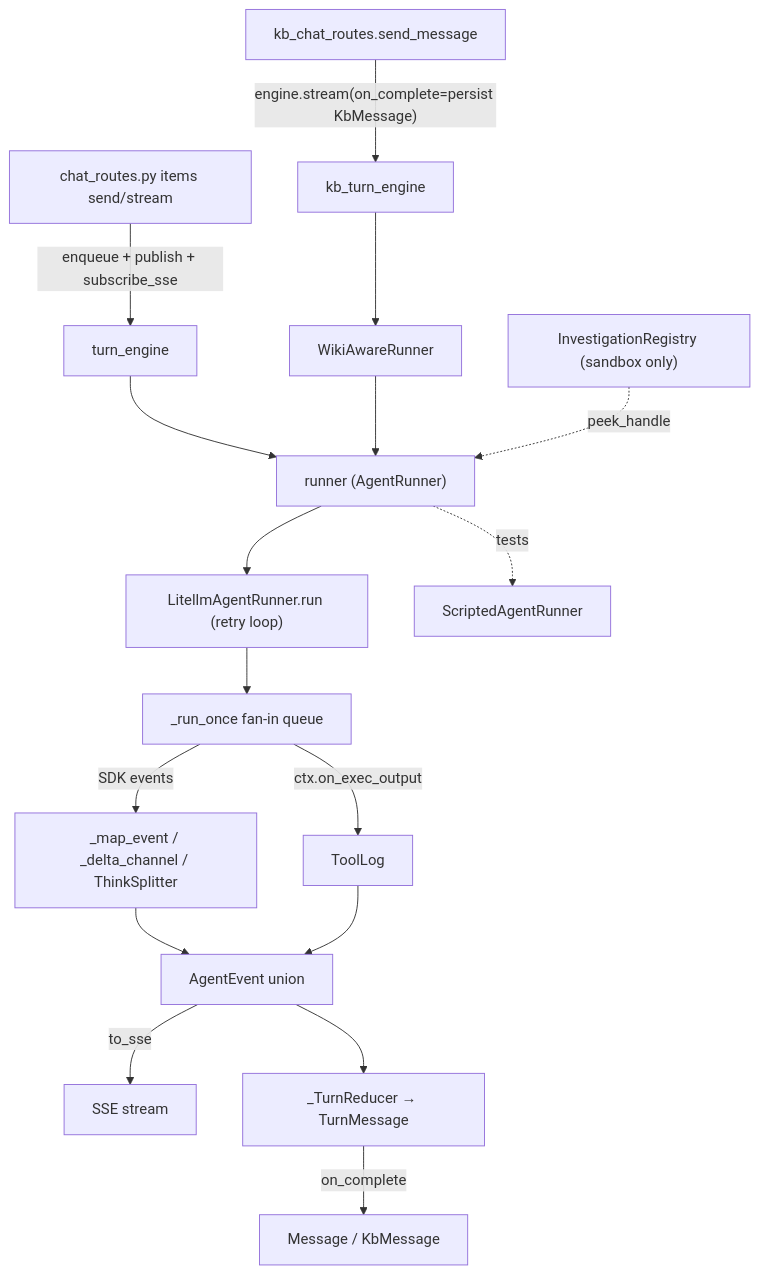
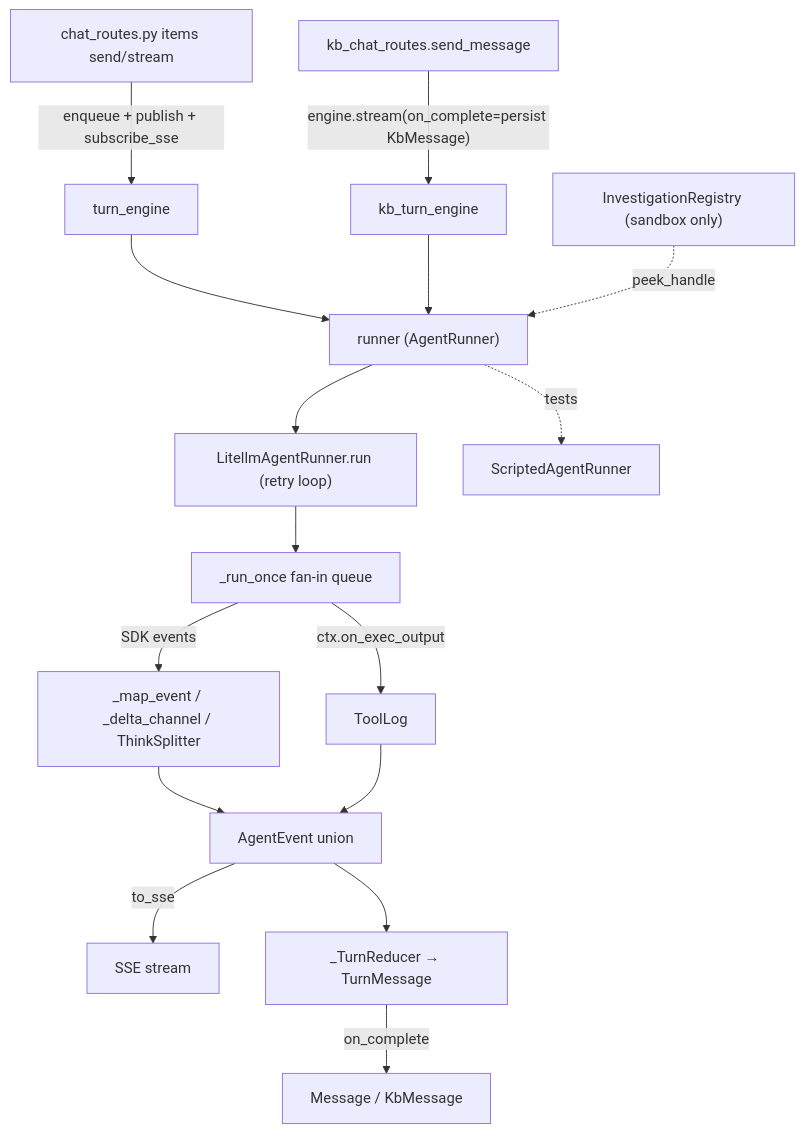
One commit to HYChou0515/ai-workspace changed the diagram in docs/subsystems/api-and-turns.md. Above: the diagram before and after it, drawn with Mermaid. The commit also changed other lines of this file and 3 other files, not shown here.

````diff
--- a/docs/subsystems/api-and-turns.md
+++ b/docs/subsystems/api-and-turns.md
@@ -69,18 +69,18 @@
 ```mermaid
 flowchart TD
   KBC["kb_chat_routes.send_message"] -->|"engine.stream(on_complete=persist KbMessage)"| ENG2["kb_turn_engine"]
   RCA["chat_routes.py items send/stream"] -->|"enqueue + publish + subscribe_sse"| ENG1["turn_engine"]
   ENG1 --> RUN["runner (AgentRunner)"]
-  ENG2 --> WRUN["WikiAwareRunner"] --> RUN
+  ENG2 --> RUN
   RUN --> LIT["LitellmAgentRunner.run (retry loop)"]
   RUN -. tests .-> SCR["ScriptedAgentRunner"]
   LIT --> ONCE["_run_once fan-in queue"]
   ONCE -->|SDK events| MAP["_map_event / _delta_channel / ThinkSplitter"]
   ONCE -->|ctx.on_exec_output| LOG["ToolLog"]
   MAP --> EV["AgentEvent union"]
   LOG --> EV
   EV -->|to_sse| SSE["SSE stream"]
   EV --> RED["_TurnReducer → TurnMessage"]
   RED -->|on_complete| PERSIST["Message / KbMessage"]
   REG["InvestigationRegistry (sandbox only)"] -. peek_handle .-> RUN
 ```
````
